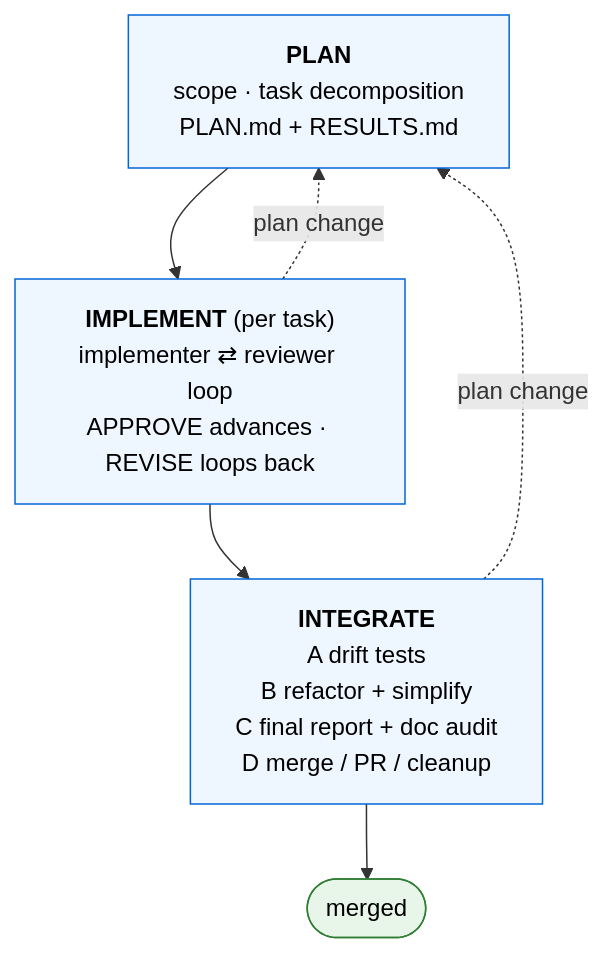
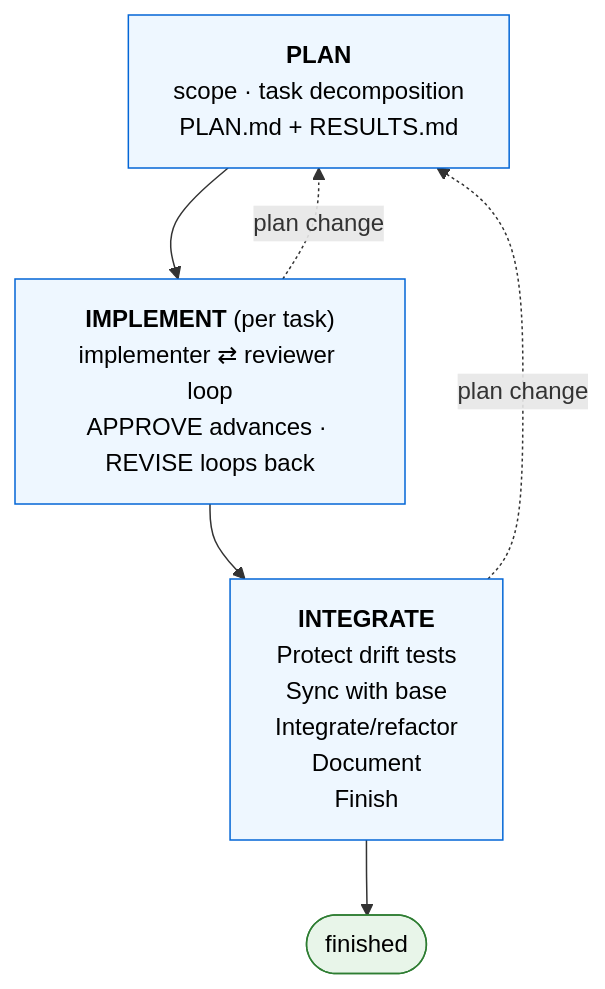
Before and after one commit to FuZhiyu/superRA: the diagram in README.md, drawn with Mermaid. The commit also changed other lines of this file and 27 other files, not shown here.

Commit message:
simplify integration workflow around semantic sync

````diff
--- a/README.md
+++ b/README.md
@@ -30,19 +30,19 @@
 ```mermaid
 flowchart TB
     PLAN["<b>PLAN</b><br/>scope · task decomposition<br/>PLAN.md + RESULTS.md"]
     IMPLEMENT["<b>IMPLEMENT</b> (per task)<br/>implementer ⇄ reviewer loop<br/>APPROVE advances · REVISE loops back"]
-    INTEGRATE["<b>INTEGRATE</b><br/>A drift tests<br/>B refactor + simplify <br/>C final report + doc audit<br/>D merge / PR / cleanup"]
-    MERGED(["merged"])
+    INTEGRATE["<b>INTEGRATE</b><br/>Protect drift tests<br/>Sync with base<br/>Integrate/refactor<br/>Document<br/>Finish"]
+    FINISHED(["finished"])
 
     PLAN --> IMPLEMENT
     IMPLEMENT --> INTEGRATE
-    INTEGRATE --> MERGED
+    INTEGRATE --> FINISHED
 
     IMPLEMENT -. "plan change" .-> PLAN
     INTEGRATE -. "plan change" .-> PLAN
 
     classDef phase fill:#eef7ff,stroke:#0366d6,color:#000
     classDef terminal fill:#e8f5e9,stroke:#2e7d32,color:#000
     class PLAN,IMPLEMENT,INTEGRATE phase
-    class MERGED terminal
+    class FINISHED terminal
 ```
````
